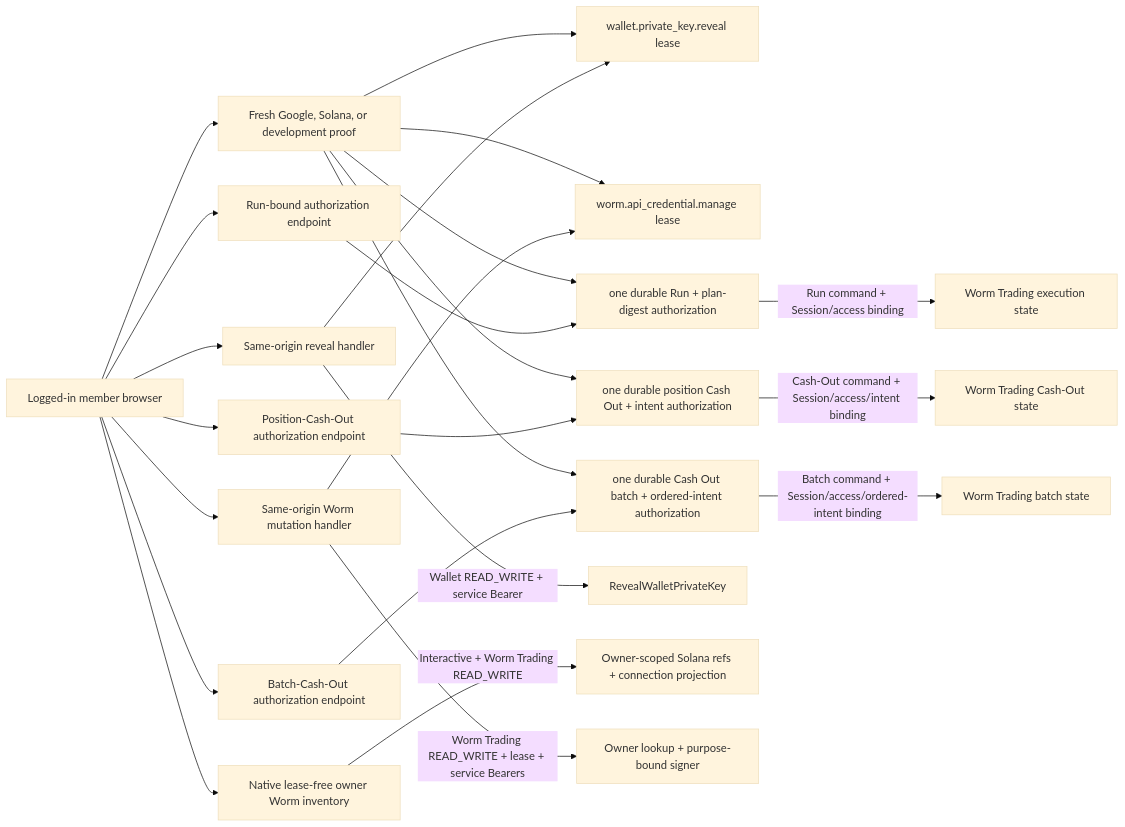
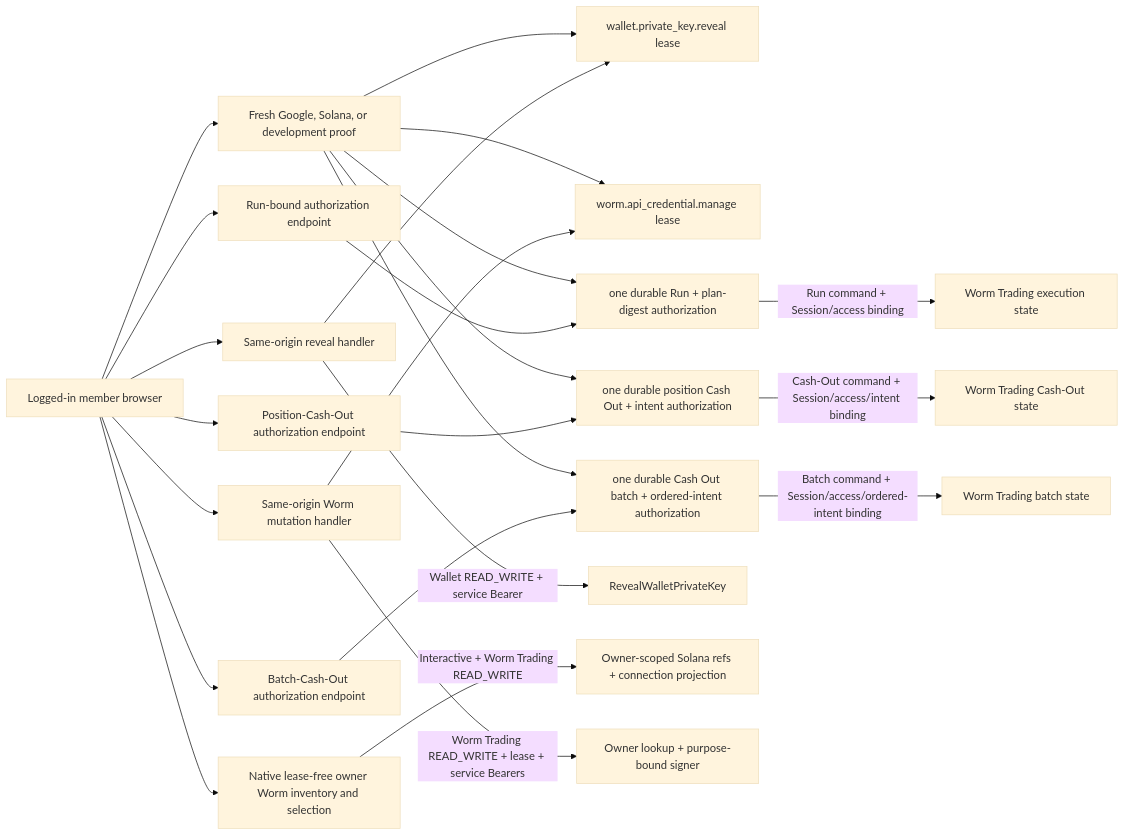
One commit to useryege/athena-o changed the diagram in docs/design/identity-access/wallet-secret-reauthentication.md. Above: the diagram before and after it, drawn with Mermaid (base theme). The commit also changed other lines of this file and 49 other files, not shown here.

````diff
--- a/docs/design/identity-access/wallet-secret-reauthentication.md
+++ b/docs/design/identity-access/wallet-secret-reauthentication.md
@@ -63,26 +64,26 @@
 ```mermaid
 flowchart LR
     B["Logged-in member browser"] --> P["Fresh Google, Solana, or development proof"]
     P --> R1["wallet.private_key.reveal lease"]
     P --> R2["worm.api_credential.manage lease"]
     P --> R3["one durable Run + plan-digest authorization"]
     P --> R4["one durable position Cash Out + intent authorization"]
     P --> R5["one durable Cash Out batch + ordered-intent authorization"]
     B --> H1["Same-origin reveal handler"]
-    B --> I["Native lease-free owner Worm inventory"]
+    B --> I["Native lease-free owner Worm inventory and selection"]
     B --> H2["Same-origin Worm mutation handler"]
     H1 --> R1
     H2 --> R2
     B --> H3["Run-bound authorization endpoint"]
     H3 --> R3
     B --> H4["Position-Cash-Out authorization endpoint"]
     H4 --> R4
     B --> H5["Batch-Cash-Out authorization endpoint"]
     H5 --> R5
     H1 -->|"Wallet READ_WRITE + service Bearer"| W1["RevealWalletPrivateKey"]
     I -->|"Interactive + Worm Trading READ_WRITE"| W2["Owner-scoped Solana refs + connection projection"]
     H2 -->|"Worm Trading READ_WRITE + lease + service Bearers"| W3["Owner lookup + purpose-bound signer"]
     R3 -->|"Run command + Session/access binding"| E["Worm Trading execution state"]
     R4 -->|"Cash-Out command + Session/access/intent binding"| C["Worm Trading Cash-Out state"]
     R5 -->|"Batch command + Session/access/ordered-intent binding"| CB["Worm Trading batch state"]
 ```
````
